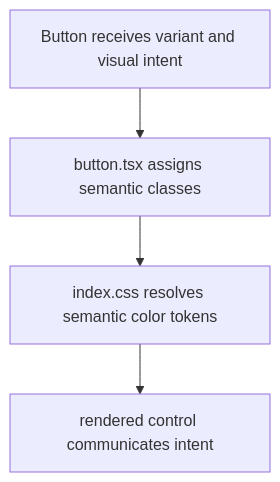
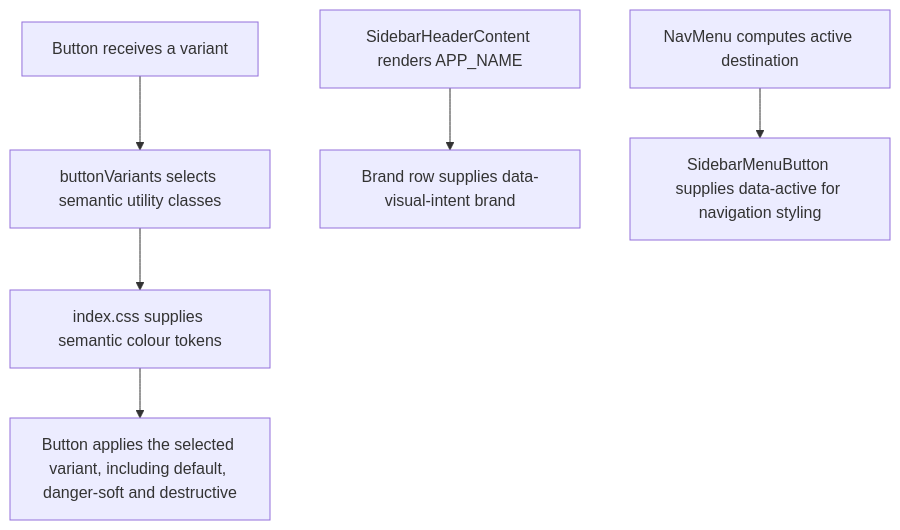
One commit to Kevinjohn/capacitylens changed the second of 2 diagrams in user-stories/navigation/US-NAV-15-semantic-colour-language.md. Above: the diagram before and after it, drawn with Mermaid. The commit also changed other lines of this file and 172 other files, not shown here.

Commit message:
docs: reconcile user story code flows with source

````diff
--- a/user-stories/navigation/US-NAV-15-semantic-colour-language.md
+++ b/user-stories/navigation/US-NAV-15-semantic-colour-language.md
@@ -32,6 +32,8 @@
 ```mermaid
 flowchart TD
-  action["Button receives variant and visual intent"] --> styles["button.tsx assigns semantic classes"]
-  styles --> tokens["index.css resolves semantic color tokens"]
-  tokens --> ui["rendered control communicates intent"]
+  action["Button receives a variant"] --> styles["buttonVariants selects semantic utility classes"]
+  styles --> tokens["index.css supplies semantic colour tokens"]
+  tokens --> ui["Button applies the selected variant, including default, danger-soft and destructive"]
+  header["SidebarHeaderContent renders APP_NAME"] --> brand["Brand row supplies data-visual-intent brand"]
+  menu["NavMenu computes active destination"] --> nav["SidebarMenuButton supplies data-active for navigation styling"]
 ```
````
